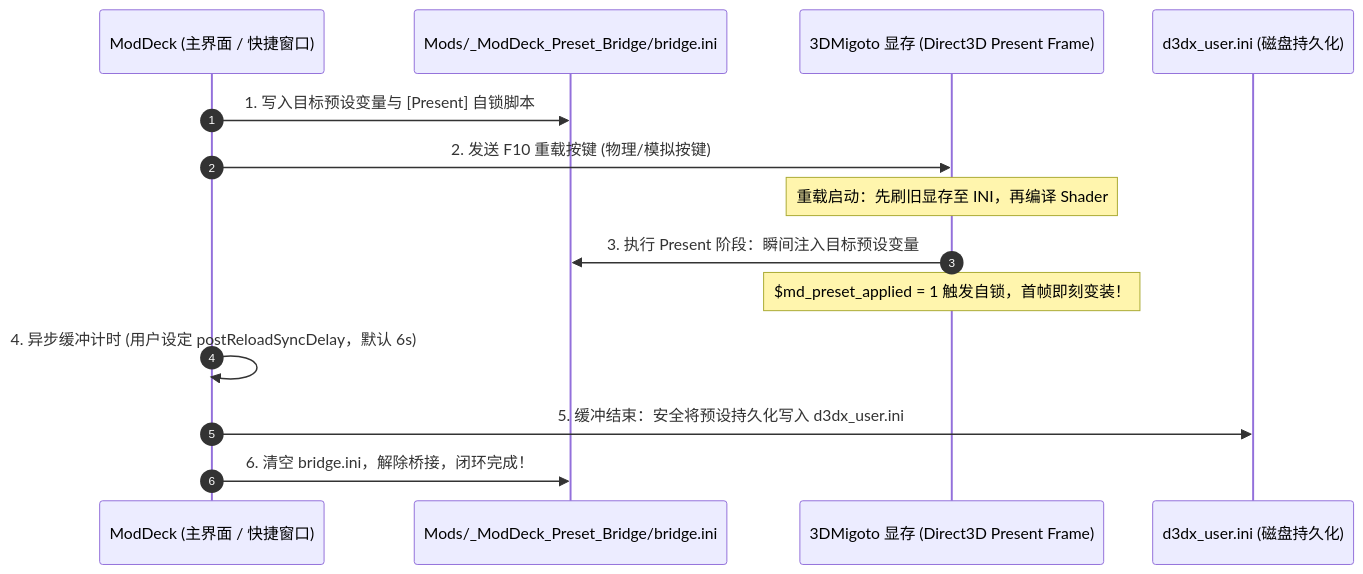
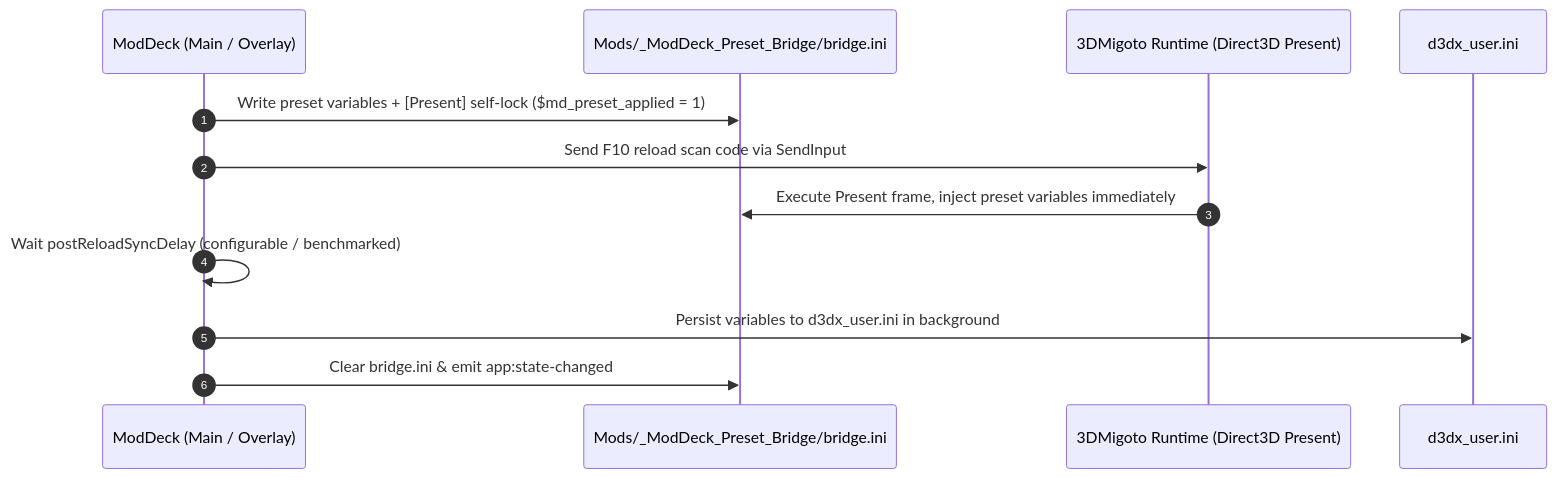
One commit to yuzhoujun/ModDeck changed the second of 2 diagrams in docs/ARCHITECTURE.md. Above: the diagram before and after it, drawn with Mermaid. The commit also changed other lines of this file and 57 other files, not shown here.

````diff
--- a/docs/ARCHITECTURE.md
+++ b/docs/ARCHITECTURE.md
@@ -120,17 +95,15 @@
 ```mermaid
 sequenceDiagram
   autonumber
-  participant UI as ModDeck (主界面 / 快捷窗口)
+  participant UI as ModDeck (Main / Overlay)
   participant Bridge as Mods/_ModDeck_Preset_Bridge/bridge.ini
-  participant D3D as 3DMigoto 显存 (Direct3D Present Frame)
-  participant INI as d3dx_user.ini (磁盘持久化)
+  participant D3D as 3DMigoto Runtime (Direct3D Present)
+  participant INI as d3dx_user.ini
 
-  UI->>Bridge: 1. 写入目标预设变量与 [Present] 自锁脚本
-  UI->>D3D: 2. 发送 F10 重载按键 (物理/模拟按键)
-  Note over D3D: 重载启动：先刷旧显存至 INI，再编译 Shader
-  D3D->>Bridge: 3. 执行 Present 阶段：瞬间注入目标预设变量
-  Note over D3D: $md_preset_applied = 1 触发自锁，首帧即刻变装！
-  UI->>UI: 4. 异步缓冲计时 (用户设定 postReloadSyncDelay，默认 6s)
-  UI->>INI: 5. 缓冲结束：安全将预设持久化写入 d3dx_user.ini
-  UI->>Bridge: 6. 清空 bridge.ini，解除桥接，闭环完成！
+  UI->>Bridge: Write preset variables + [Present] self-lock ($md_preset_applied = 1)
+  UI->>D3D: Send F10 reload scan code via SendInput
+  D3D->>Bridge: Execute Present frame, inject preset variables immediately
+  UI->>UI: Wait postReloadSyncDelay (configurable / benchmarked)
+  UI->>INI: Persist variables to d3dx_user.ini in background
+  UI->>Bridge: Clear bridge.ini & emit app:state-changed
 ```
````
